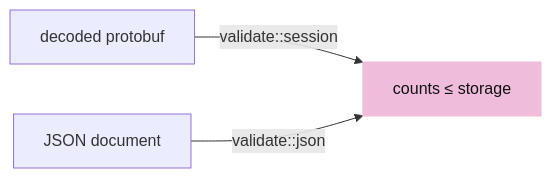
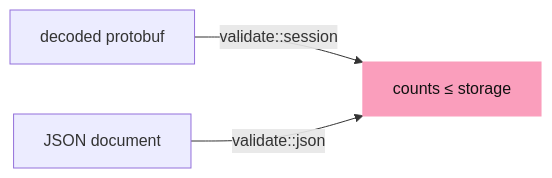
One commit to petrasvestartas/session changed the third of 8 diagrams in session_viewer/docs/14-loading.md. Above: the diagram before and after it, drawn with Mermaid. The commit also changed other lines of this file and 328 other files, not shown here.

First line of the commit message:
Course: the palette you sent, and mermaid drawn like the drawings

````diff
--- a/session_viewer/docs/14-loading.md
+++ b/session_viewer/docs/14-loading.md
@@ -73,6 +73,6 @@
 ```mermaid
 flowchart LR
     P["decoded protobuf"] -- "validate::session" --> O["counts ≤ storage"]
     J["JSON document"] -- "validate::json" --> O
-    style O fill:#f0bcdb,stroke:#f0bcdb,color:#111
+    style O fill:#fa9ebc,stroke:#fa9ebc,color:#111
 ```
````
